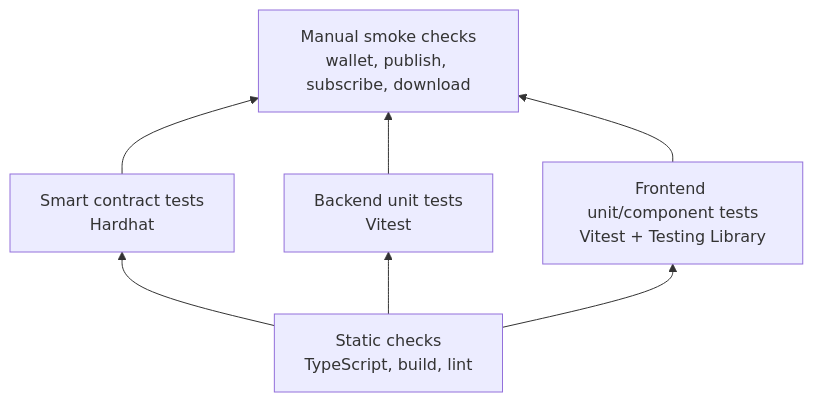
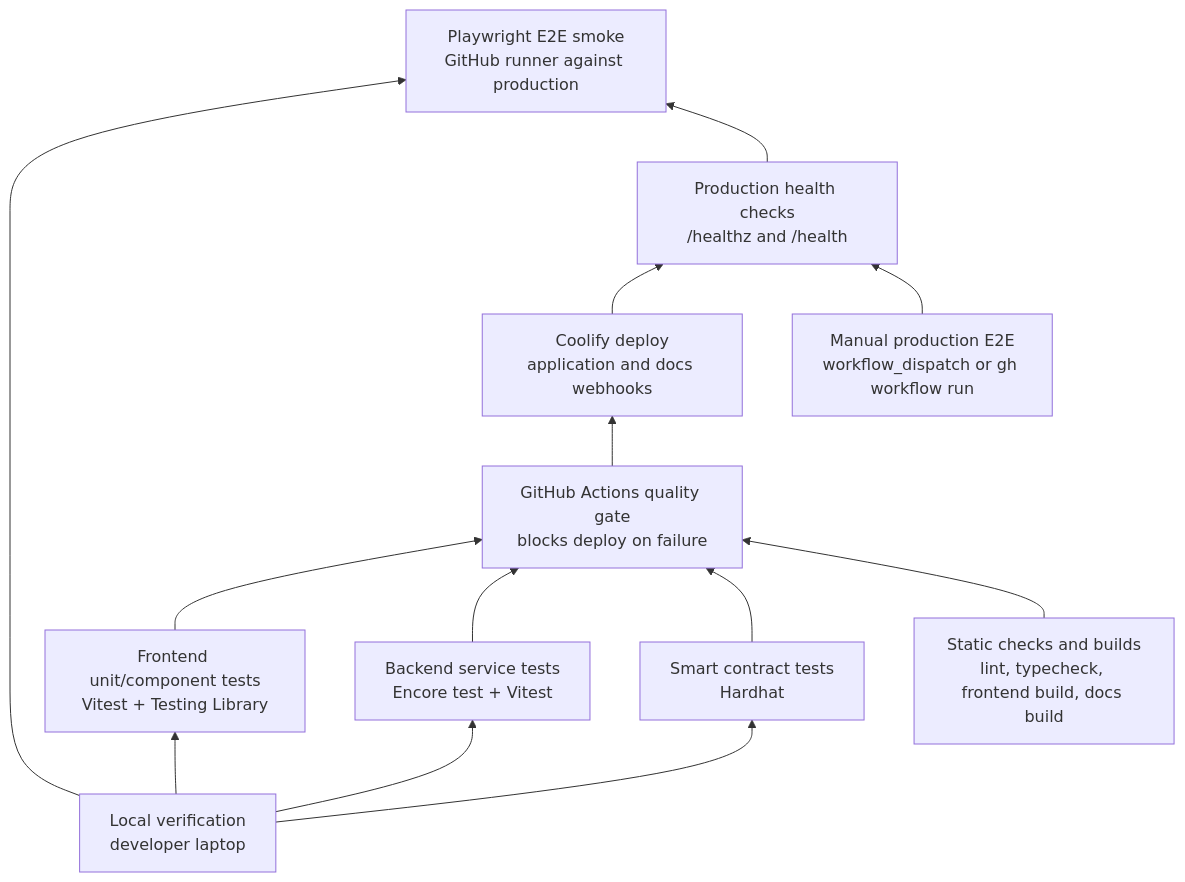
One commit to akhmetovKamil/useContent changed the diagram in documentation/testing/index.md. Above: the diagram before and after it, drawn with Mermaid. The commit also changed other lines of this file and 1 other file, not shown here.

Commit message:
Document CI verification flow

````diff
--- a/documentation/testing/index.md
+++ b/documentation/testing/index.md
@@ -5,15 +5,27 @@
 ```mermaid
 flowchart BT
-    Smoke["Manual smoke checks<br/>wallet, publish, subscribe, download"]
-    Frontend["Frontend unit/component tests<br/>Vitest + Testing Library"]
-    Backend["Backend unit tests<br/>Vitest"]
+    Local["Local verification<br/>developer laptop"]
+    FrontendUnit["Frontend unit/component tests<br/>Vitest + Testing Library"]
+    BackendUnit["Backend service tests<br/>Encore test + Vitest"]
     Contracts["Smart contract tests<br/>Hardhat"]
-    Static["Static checks<br/>TypeScript, build, lint"]
+    Static["Static checks and builds<br/>lint, typecheck, frontend build, docs build"]
+    Gate["GitHub Actions quality gate<br/>blocks deploy on failure"]
+    Deploy["Coolify deploy<br/>application and docs webhooks"]
+    Health["Production health checks<br/>/healthz and /health"]
+    E2E["Playwright E2E smoke<br/>GitHub runner against production"]
+    Manual["Manual production E2E<br/>workflow_dispatch or gh workflow run"]
 
-    Static --> Contracts
-    Static --> Backend
-    Static --> Frontend
-    Contracts --> Smoke
-    Backend --> Smoke
-    Frontend --> Smoke
+    Local --> FrontendUnit
+    Local --> BackendUnit
+    Local --> Contracts
+    Local --> E2E
+
+    FrontendUnit --> Gate
+    BackendUnit --> Gate
+    Contracts --> Gate
+    Static --> Gate
+    Gate --> Deploy
+    Deploy --> Health
+    Health --> E2E
+    Manual --> Health
 ```
````
